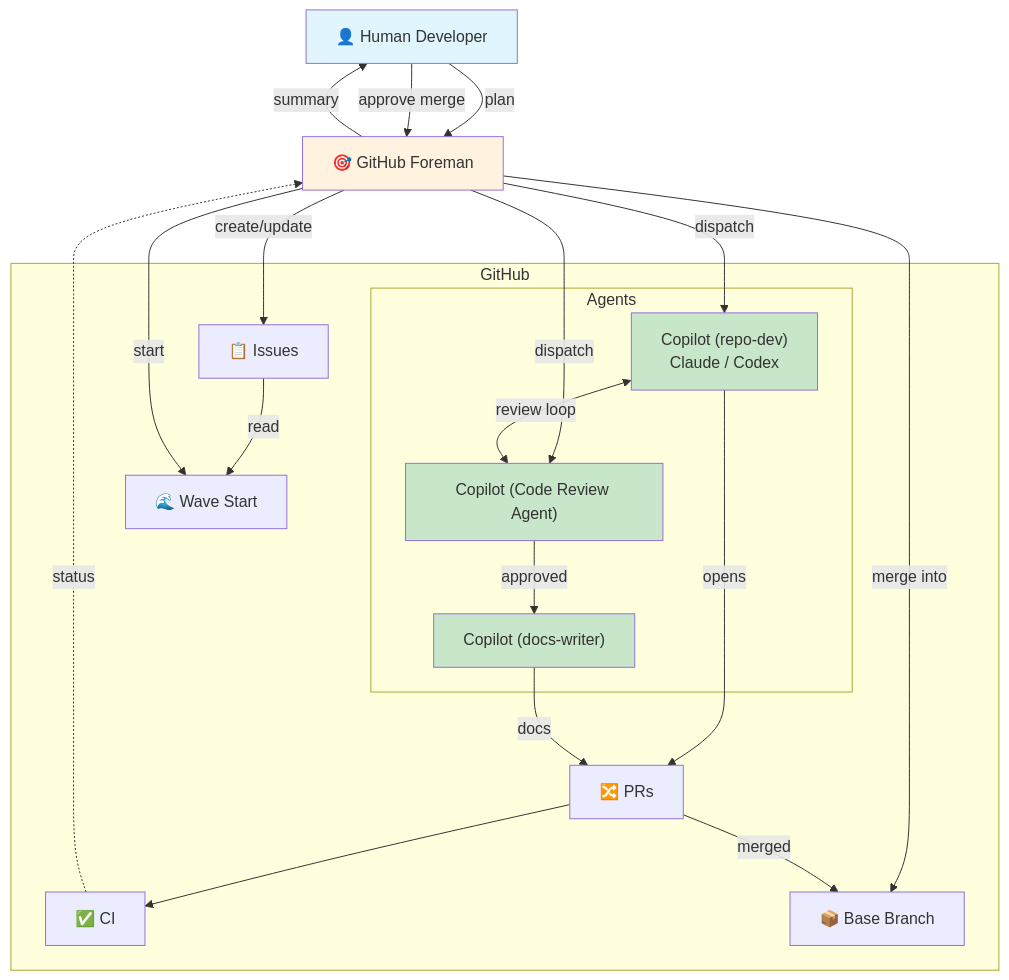
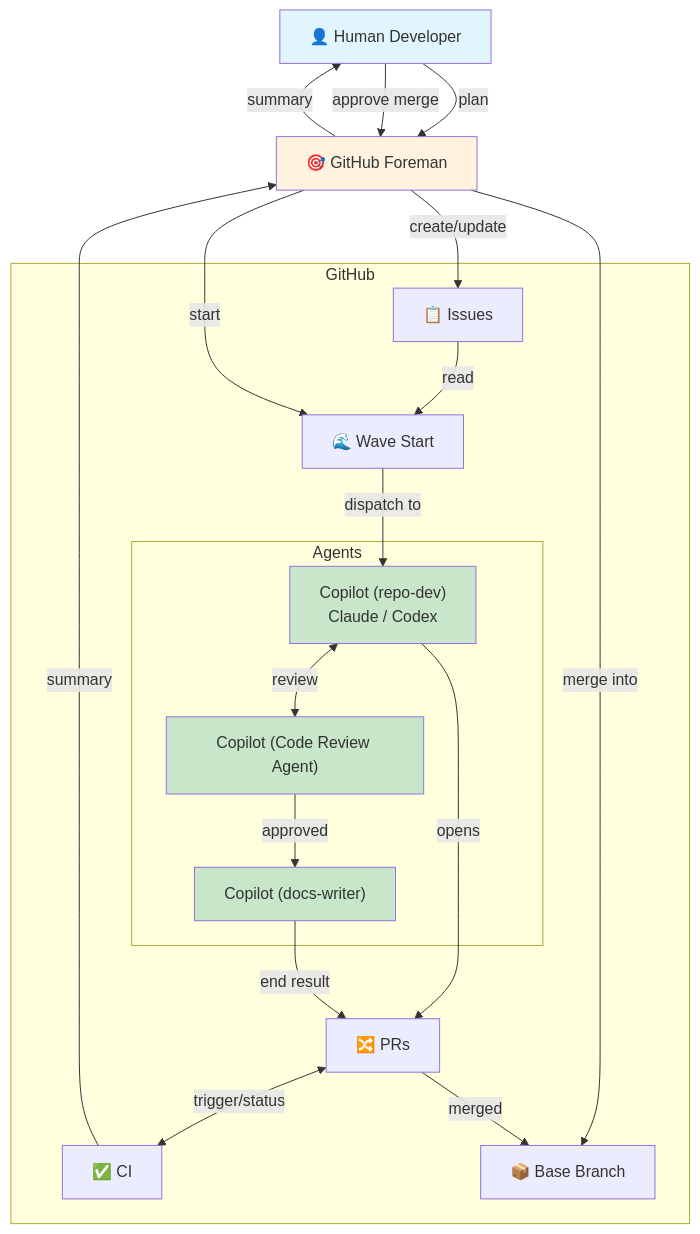
Before and after one commit to ewega/github-foreman: the first of 2 diagrams in README.md, drawn with Mermaid.

Commit message:
Simplify flow - remove extra dispatch, add sequential section flow
- Dispatch only from Foreman to Working agents (Cloud Agents)
- Remove separate dispatch line to Code Review Agent
- Linear flow through sections: Issues → Wave Start → Agents → PRs → CI → Base
- Change review label from 'review loop' to 'review'
- Change docs label from 'docs' to 'end result'
- Bidirectional CI <-> PR with 'trigger/status'
- CI sends summary back to Foreman (not directly)
- Cleaner, more intuitive flow

````diff
--- a/README.md
+++ b/README.md
@@ -70,46 +70,45 @@
 ```mermaid
 graph TB
     H["👤 Human Developer"]
     F["🎯 GitHub Foreman"]
     
     subgraph github["GitHub"]
         Issues["📋 Issues"]
         WaveStart["🌊 Wave Start"]
         
         subgraph agents["Agents"]
             Working["Copilot (repo-dev)<br/>Claude / Codex"]
             CodeReview["Copilot (Code Review Agent)"]
             DW["Copilot (docs-writer)"]
         end
         
         PRs["🔀 PRs"]
         CI["✅ CI"]
         Base["📦 Base Branch"]
     end
     
     H -->|"plan"| F
     F -->|"create/update"| Issues
     Issues -->|"read"| WaveStart
     F -->|"start"| WaveStart
-    F -->|"dispatch"| Working
-    F -->|"dispatch"| CodeReview
+    WaveStart -->|"dispatch to"| Working
     Working -->|"opens"| PRs
     
-    Working <-->|"review loop"| CodeReview
+    Working <-->|"review"| CodeReview
     CodeReview -->|"approved"| DW
+    DW -->|"end result"| PRs
     
-    DW -->|"docs"| PRs
-    PRs --> CI
+    PRs <-->|"trigger/status"| CI
     
-    CI -.->|"status"| F
+    CI -->|"summary"| F
     F -->|"summary"| H
     H -->|"approve merge"| F
     F -->|"merge into"| Base
     PRs -->|"merged"| Base
     
     style H fill:#e1f5ff
     style F fill:#fff3e0
     style Working fill:#c8e6c9
     style CodeReview fill:#c8e6c9
     style DW fill:#c8e6c9
 ```
````
